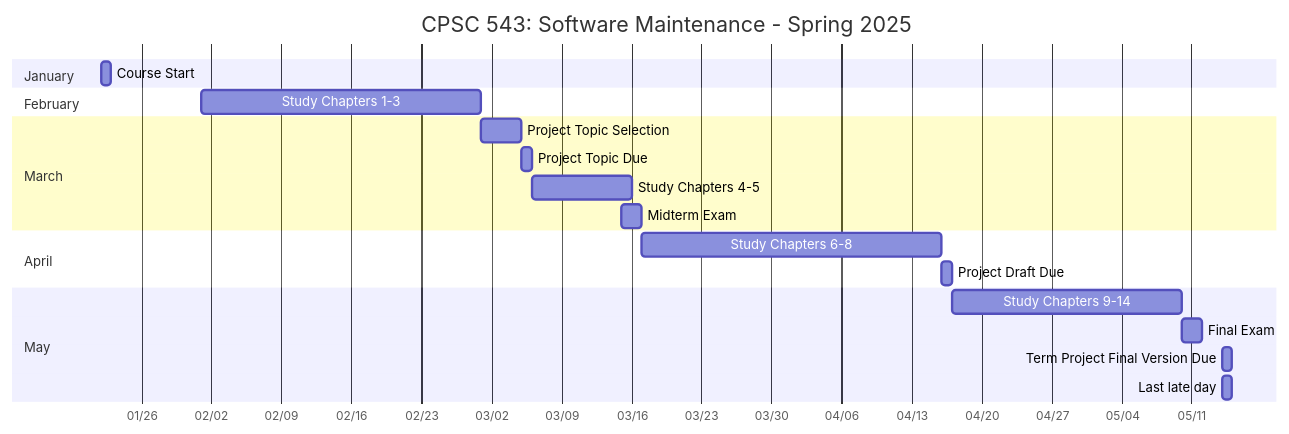
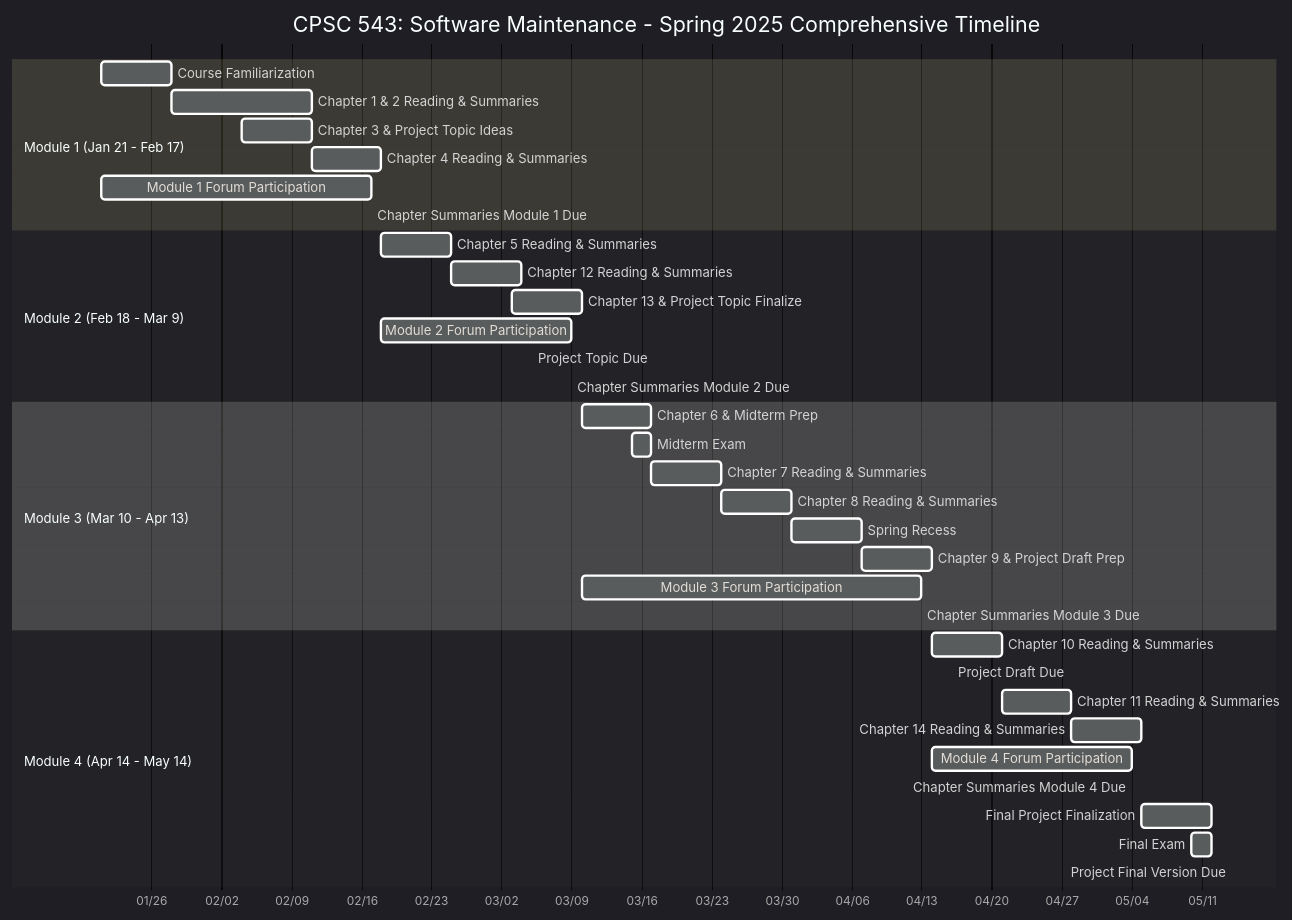
One commit to CongLeSolutionX/CSUF_MSE changed the diagram in CPSC-543-Software_Maintenance/docs/Syllabus.md. Above: the diagram before and after it, drawn with Mermaid. The commit also changed other lines of this file, not shown here.

````diff
--- a/CPSC-543-Software_Maintenance/docs/Syllabus.md
+++ b/CPSC-543-Software_Maintenance/docs/Syllabus.md
@@ -65,25 +156,51 @@
 ```mermaid
+---
+config:
+  layout: elk
+  look: handDrawn
+  theme: dark
+---
 gantt
-    title CPSC 543: Software Maintenance - Spring 2025
-
+    title CPSC 543: Software Maintenance - Spring 2025 Comprehensive Timeline
     dateFormat  YYYY-MM-DD
     axisFormat %m/%d
 
-    section January
-        Course Start             : 2025-01-22, 1d
-    section February
-      Study Chapters 1-3            :2025-02-01 , 28d
-    section March
-     Project Topic Selection     :2025-03-01, 4d
-        Project Topic Due           : 2025-03-05, 1d
-      Study Chapters 4-5                : 2025-03-06, 10d
-        Midterm Exam               : 2025-03-15, 2d
-    section April
-      Study Chapters 6-8       : 2025-03-17, 30d
-        Project Draft Due              : 2025-04-16, 1d
-    section May
-        Study Chapters 9-14           : 2025-04-17, 23d
-        Final Exam                     :2025-05-10,2d
-        Term Project Final Version Due : 2025-05-14, 1d
-       Last late day                   : 2025-05-14,1d
+    section Module 1 (Jan 21 - Feb 17)
+    Course Familiarization             : 2025-01-21, 1w
+    Chapter 1 & 2 Reading & Summaries : 2025-01-28, 2w
+    Chapter 3 & Project Topic Ideas   : 2025-02-04, 1w
+    Chapter 4 Reading & Summaries     : 2025-02-11, 1w
+    Module 1 Forum Participation      : 2025-01-21, 2025-02-17
+    Chapter Summaries Module 1 Due    : 2025-02-17, 0d
+
+    section Module 2 (Feb 18 - Mar 9)
+    Chapter 5 Reading & Summaries     : 2025-02-18, 1w
+    Chapter 12 Reading & Summaries    : 2025-02-25, 1w
+    Chapter 13 & Project Topic Finalize: 2025-03-03, 1w
+    Module 2 Forum Participation      : 2025-02-18, 2025-03-09
+    Project Topic Due                 : 2025-03-05, 0d
+    Chapter Summaries Module 2 Due    : 2025-03-09, 0d
+
+    section Module 3 (Mar 10 - Apr 13)
+    Chapter 6 & Midterm Prep        : 2025-03-10, 1w
+    Midterm Exam                    : 2025-03-15, 2d
+    Chapter 7 Reading & Summaries     : 2025-03-17, 1w
+    Chapter 8 Reading & Summaries     : 2025-03-24, 1w
+    Spring Recess                     : 2025-03-31, 1w
+    Chapter 9 & Project Draft Prep  : 2025-04-07, 1w
+    Module 3 Forum Participation      : 2025-03-10, 2025-04-13
+    Chapter Summaries Module 3 Due    : 2025-04-13, 0d
+
+
+    section Module 4 (Apr 14 - May 14)
+    Chapter 10 Reading & Summaries    : 2025-04-14, 1w
+    Project Draft Due                 : 2025-04-16, 0d
+    Chapter 11 Reading & Summaries    : 2025-04-21, 1w
+    Chapter 14 Reading & Summaries    : 2025-04-28, 1w
+    Module 4 Forum Participation      : 2025-04-14, 2025-05-04
+    Chapter Summaries Module 4 Due    : 2025-05-04, 0d
+    Final Project Finalization        : 2025-05-05, 1w
+    Final Exam                        : 2025-05-10, 2d
+    Project Final Version Due         : 2025-05-14, 0d
+
 ```
````
